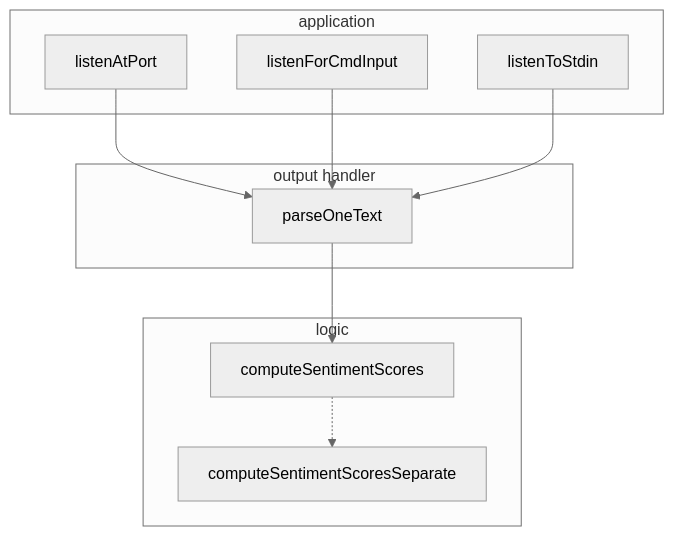
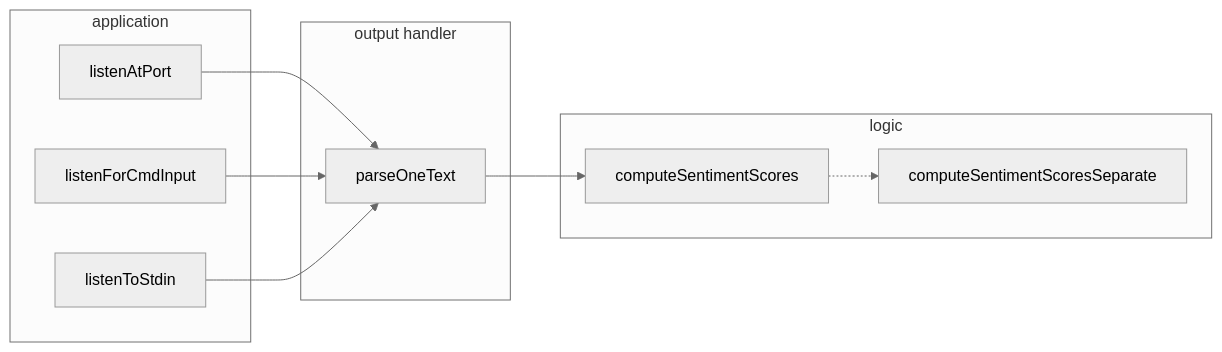
One commit to SentiSamoyed/ProcessDocumentation changed the first of 4 diagrams in 迭代二/项目文档/项目重构设计文档.md. Above: the diagram before and after it, drawn with Mermaid (neutral theme). The commit also changed other lines of this file, not shown here.

````diff
--- a/迭代二/项目文档/项目重构设计文档.md
+++ b/迭代二/项目文档/项目重构设计文档.md
@@ -164,25 +164,25 @@
 ```mermaid
-flowchart TD
+flowchart LR
 	subgraph application
     port[listenAtPort]
     cmd[listenForCmdInput]
     stdin[listenToStdin]
 	end
 
   port --> middle
   cmd --> middle
   stdin --> middle
 
   subgraph output handler
     middle[parseOneText]
   end
 
   middle --> computeSentimentScores
 
   subgraph logic
     computeSentimentScores
     computeSentimentScoresSeparate
   end
 
   computeSentimentScores -.-> computeSentimentScoresSeparate
 ```
````
